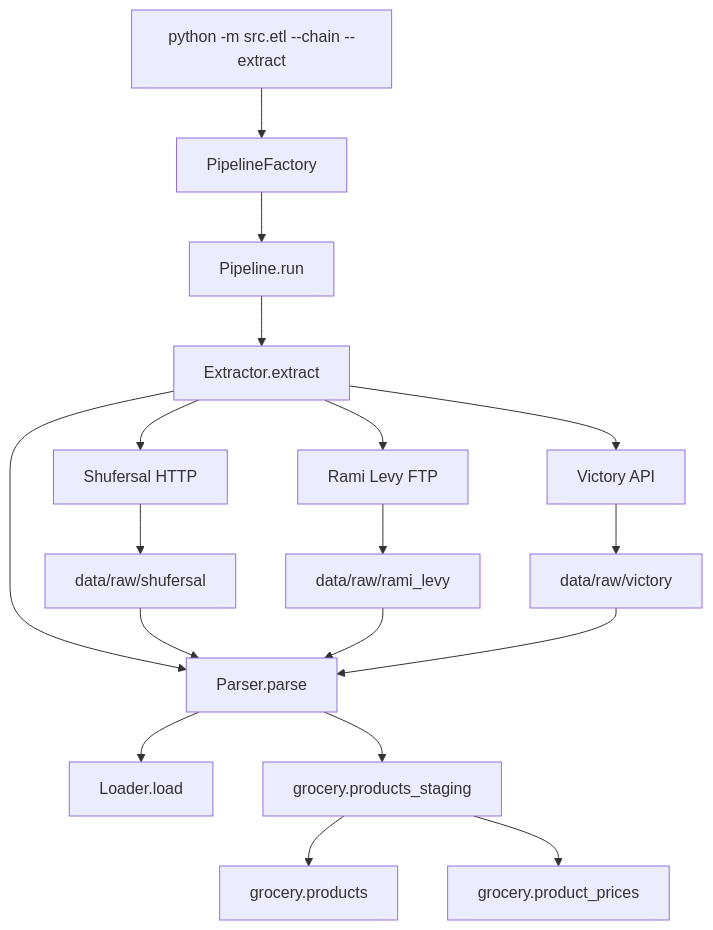
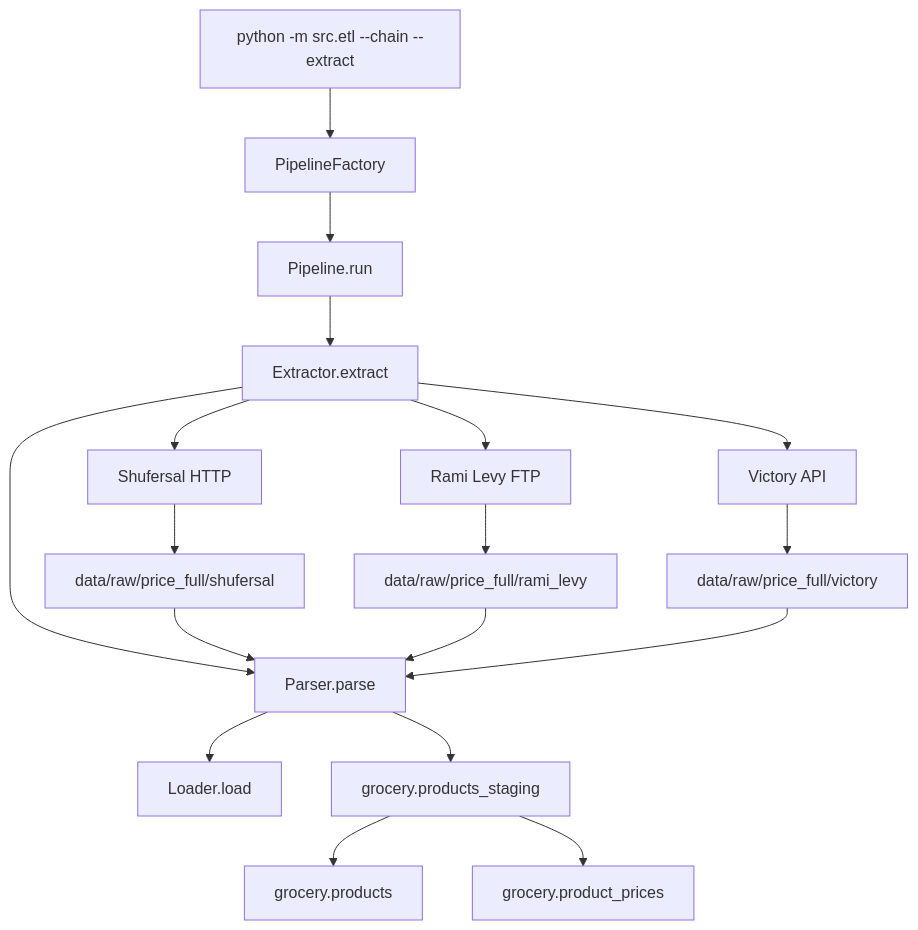
The diagram in docs/etl_pipeline.md (lizabguercho/smart-grocery-platform), drawn with Mermaid before and after one commit. The commit also changed other lines of this file and 48 other files, not shown here.

First line of the commit message:
feat(etl/refactor-pipeline-into): stores and PromoFull ETL for Shufersal, Rami Levy, and Victory

````diff
--- a/docs/etl_pipeline.md
+++ b/docs/etl_pipeline.md
@@ -100,24 +105,24 @@
 ```mermaid
 flowchart TD
     CLI["python -m src.etl --chain --extract"] --> Factory[PipelineFactory]
     Factory --> Pipeline[Pipeline.run]
     Pipeline --> Extract[Extractor.extract]
     Extract --> Parse[Parser.parse]
     Parse --> Load[Loader.load]
 
     Extract --> S[Shufersal HTTP]
     Extract --> R[Rami Levy FTP]
     Extract --> V[Victory API]
 
-    S --> RS[data/raw/shufersal]
-    R --> RR[data/raw/rami_levy]
-    V --> RV[data/raw/victory]
+    S --> RS[data/raw/price_full/shufersal]
+    R --> RR[data/raw/price_full/rami_levy]
+    V --> RV[data/raw/price_full/victory]
 
     RS --> Parse
     RR --> Parse
     RV --> Parse
 
     Parse --> ST[grocery.products_staging]
     ST --> PR[grocery.products]
     ST --> PP[grocery.product_prices]
 ```
````
